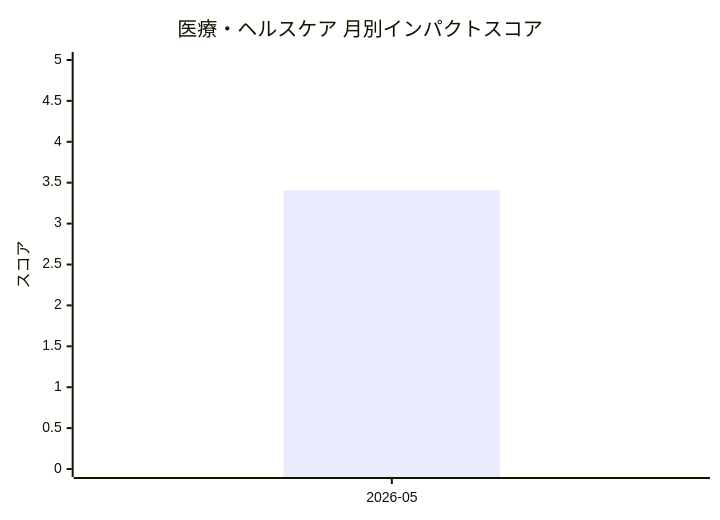
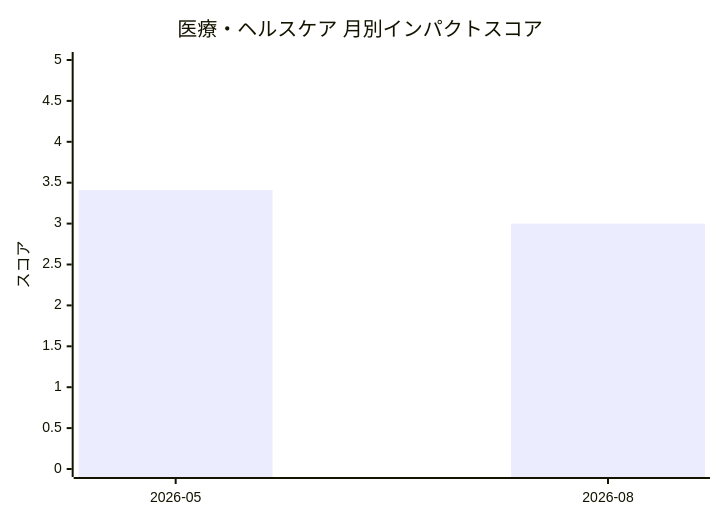
Before and after one commit to devaise-support/ai-research: the diagram in knowledge/industry-impact/healthcare.md, drawn with Mermaid. The commit also changed other lines of this file and 14 other files, not shown here.

````diff
--- a/knowledge/industry-impact/healthcare.md
+++ b/knowledge/industry-impact/healthcare.md
@@ -15,7 +7,7 @@
 ```mermaid
 xychart-beta
   title "医療・ヘルスケア 月別インパクトスコア"
-  x-axis [2026-05]
+  x-axis [2026-05, 2026-08]
   y-axis "スコア" 0 --> 5
-  bar [3.41]
+  bar [3.41, 3.0]
 ```
````
